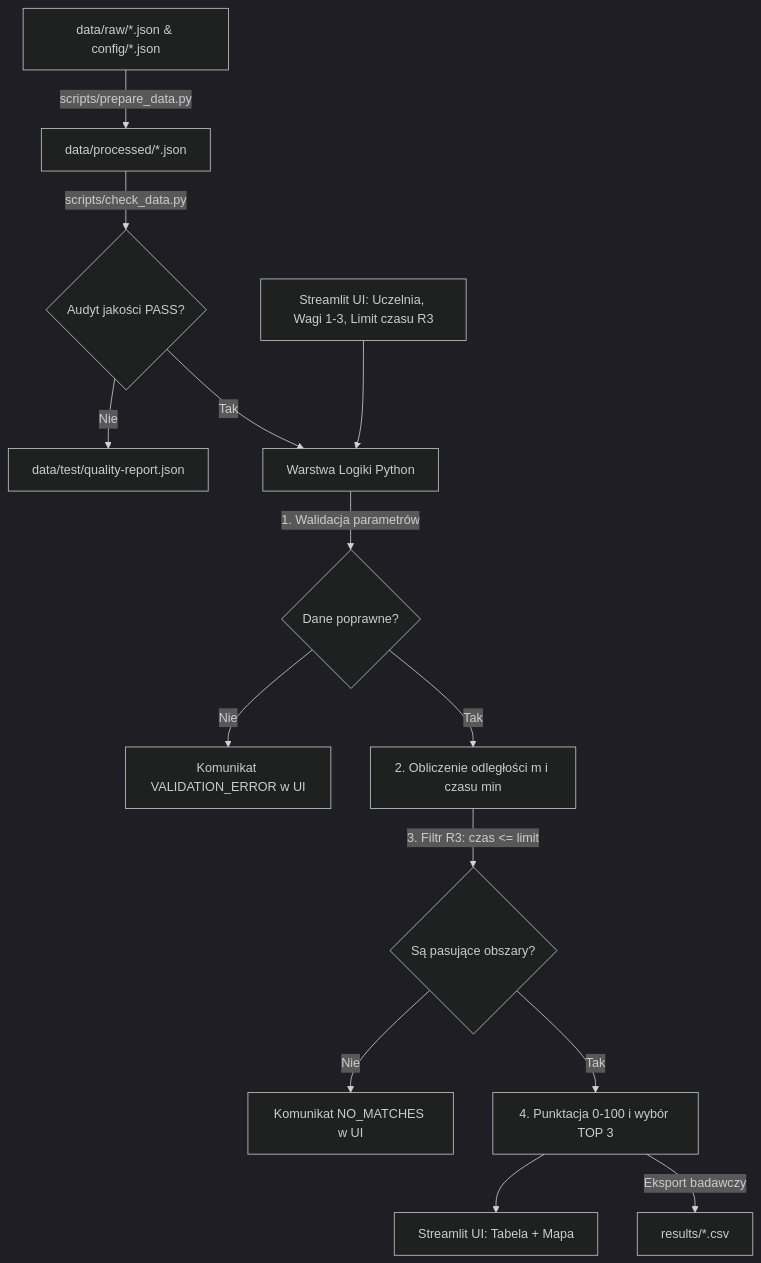
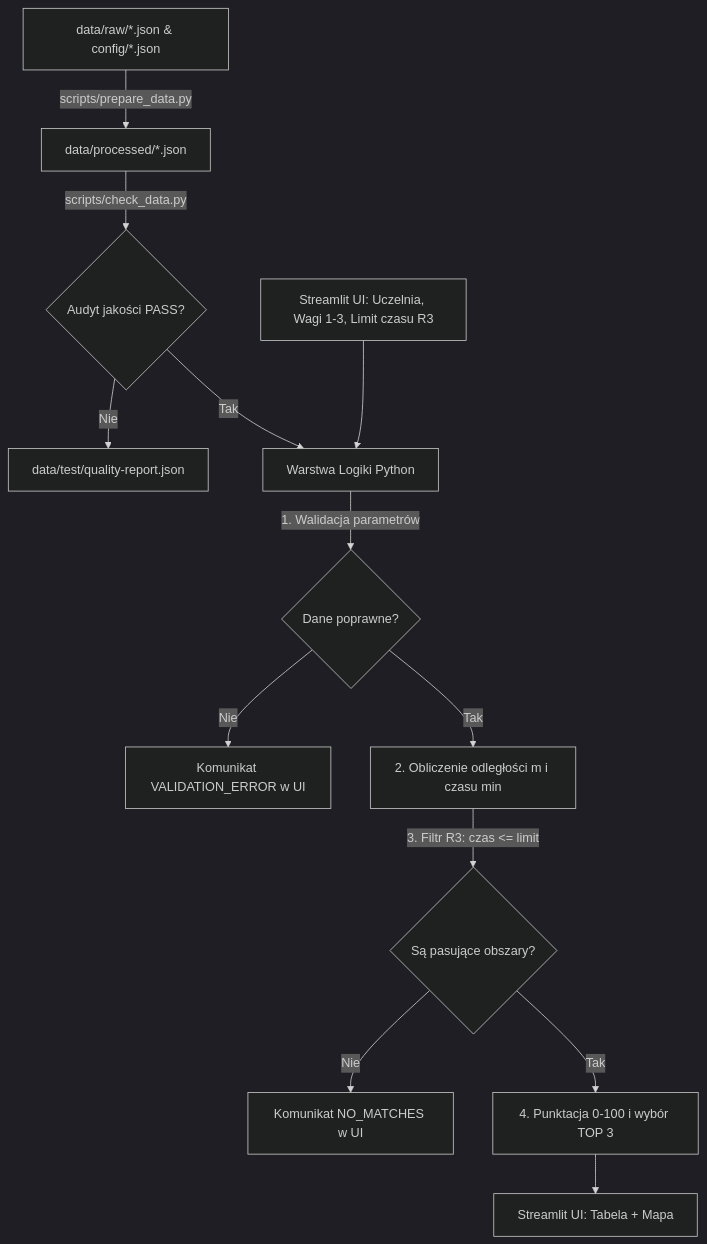
Before and after one commit to CoffiPants/System-rekomendacji-okolic-do-zamieszkania-dla-student-w-w-Rzeszowie: the second of 2 diagrams in docs/architecture.md, drawn with Mermaid (dark theme). The commit also changed other lines of this file and 3 other files, not shown here.

````diff
--- a/docs/architecture.md
+++ b/docs/architecture.md
@@ -89,16 +89,15 @@
 ```mermaid
 graph TD
     A[data/raw/*.json & config/*.json] -->|scripts/prepare_data.py| B[data/processed/*.json]
     B -->|scripts/check_data.py| C{Audyt jakości PASS?}
     C -->|Nie| D[data/test/quality-report.json]
     C -->|Tak| E[Warstwa Logiki Python]
     F[Streamlit UI: Uczelnia, Wagi 1-3, Limit czasu R3] --> E
     E -->|1. Walidacja parametrów| G{Dane poprawne?}
     G -->|Nie| H[Komunikat VALIDATION_ERROR w UI]
     G -->|Tak| I[2. Obliczenie odległości m i czasu min]
     I -->|3. Filtr R3: czas <= limit| J{Są pasujące obszary?}
     J -->|Nie| K[Komunikat NO_MATCHES w UI]
     J -->|Tak| L[4. Punktacja 0-100 i wybór TOP 3]
     L --> M[Streamlit UI: Tabela + Mapa]
-    L -->|Eksport badawczy| N[results/*.csv]
 ```
````
